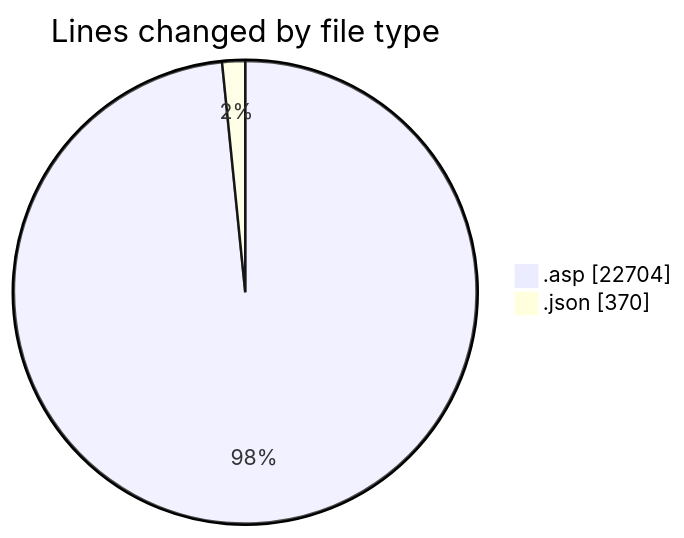
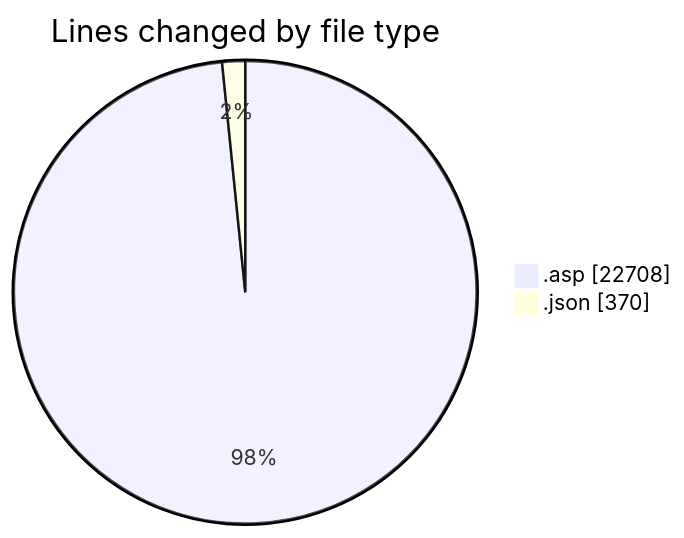
Before and after one commit to julien-gomy/code-tracking: the first of 2 diagrams in 2025-11-01/cdp_aleoudev_fr__workspace_/README.md, drawn with Mermaid. The commit also changed other lines of this file and 1 other file, not shown here.

````diff
--- a/2025-11-01/cdp_aleoudev_fr__workspace_/README.md
+++ b/2025-11-01/cdp_aleoudev_fr__workspace_/README.md
@@ -29,6 +29,6 @@
 ```mermaid
 pie showData
 title Lines changed by file type
-".asp" : 22704
+".asp" : 22708
 ".json" : 370
 ```
````
